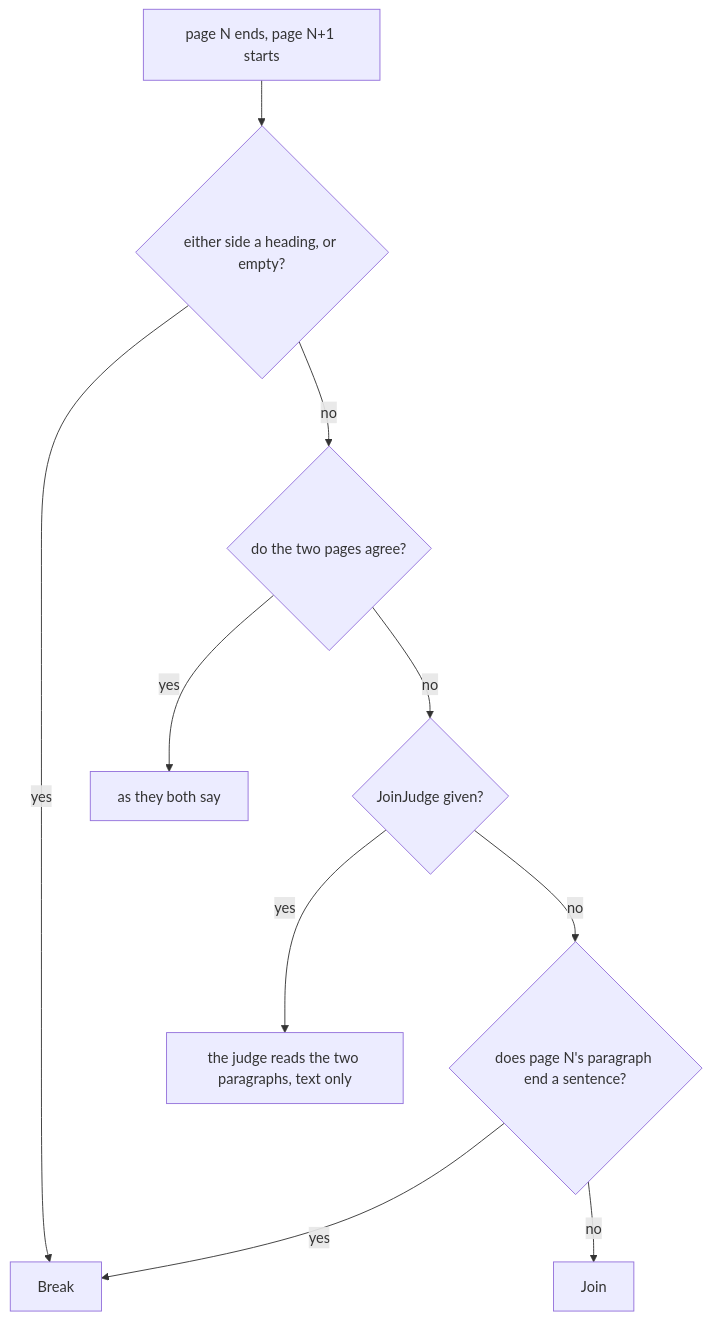
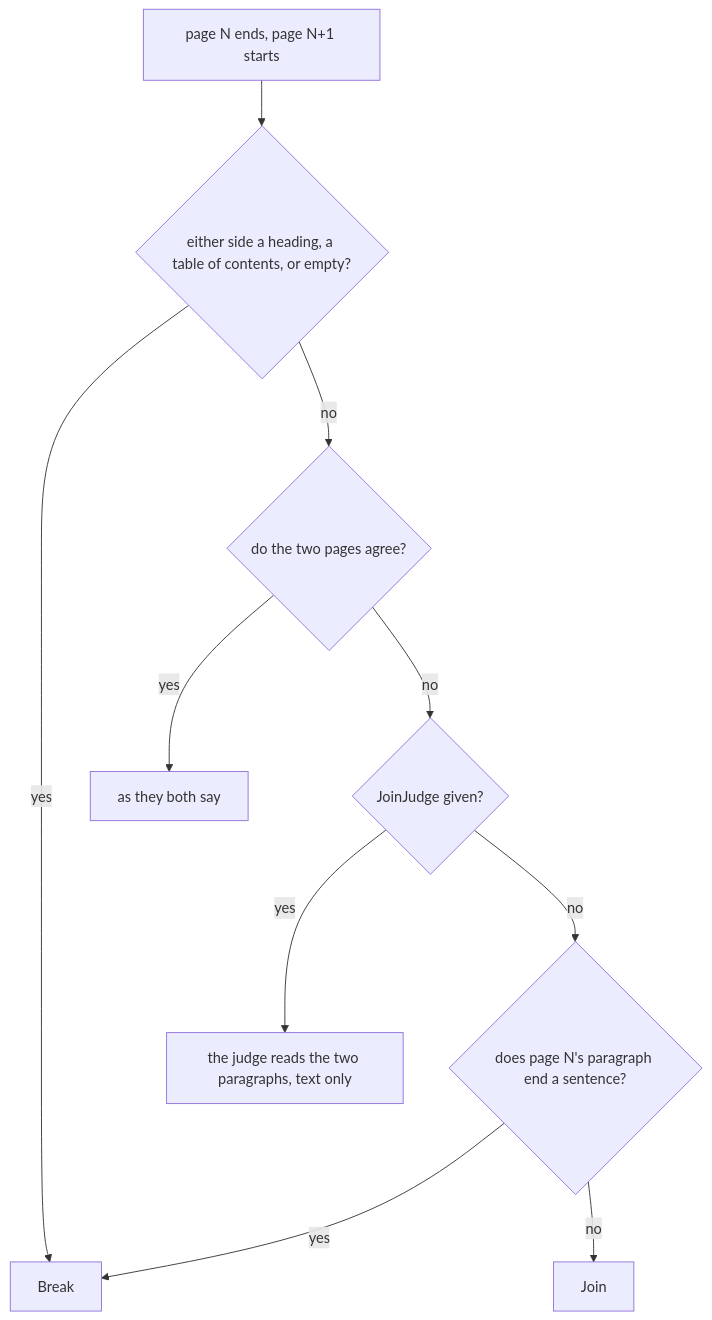
One commit to konbraphat51/SuperSuat changed the second of 3 diagrams in Uploader/OcrModule/MdWriter/Docs/MdWriterOcr.md. Above: the diagram before and after it, drawn with Mermaid. The commit also changed other lines of this file and 3 other files, not shown here.

Commit message:
docs: describe the table of contents in the MdWriter architecture and plan, in English and Japanese

````diff
--- a/Uploader/OcrModule/MdWriter/Docs/MdWriterOcr.md
+++ b/Uploader/OcrModule/MdWriter/Docs/MdWriterOcr.md
@@ -179,12 +180,12 @@
 ```mermaid
 flowchart TD
-    A["page N ends, page N+1 starts"] --> B{"either side a heading, or empty?"}
+    A["page N ends, page N+1 starts"] --> B{"either side a heading, a table of contents, or empty?"}
     B -- yes --> Break
     B -- no --> C{"do the two pages agree?"}
     C -- yes --> D["as they both say"]
     C -- no --> E{"JoinJudge given?"}
     E -- yes --> F["the judge reads the two paragraphs, text only"]
     E -- no --> G{"does page N's paragraph end a sentence?"}
     G -- yes --> Break
     G -- no --> Join
 ```
````
